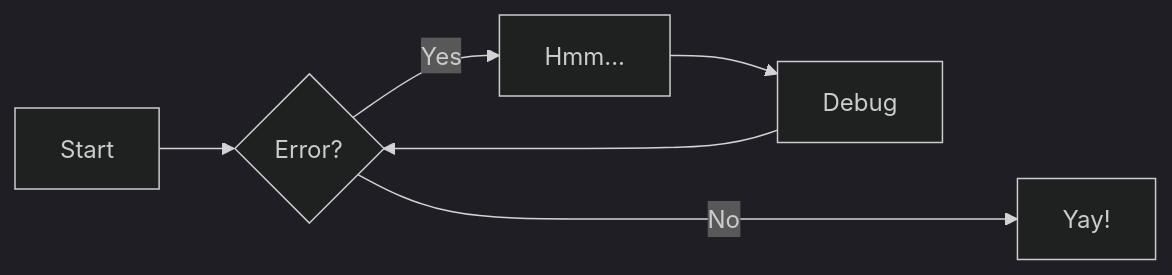
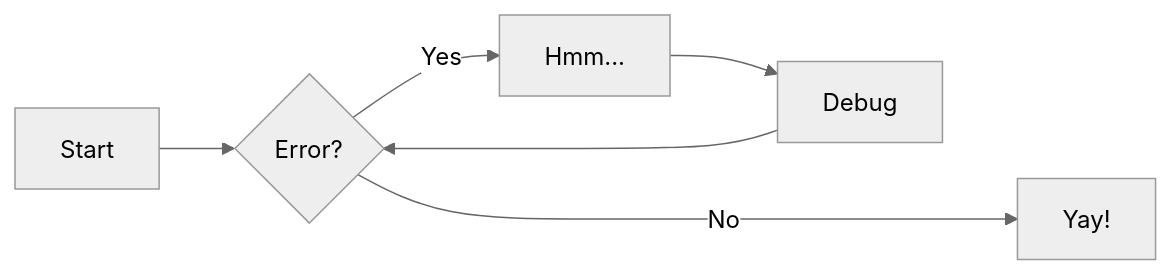
One commit to RoadieHQ/sample-service changed the diagram in docs/mermaid-diagram-test1.md. Above: the diagram before and after it, drawn with Mermaid.

````diff
--- a/docs/mermaid-diagram-test1.md
+++ b/docs/mermaid-diagram-test1.md
@@ -1,9 +1,9 @@
 ```mermaid
-%%{init: {'theme': 'dark', 'themeVariables': { 'darkMode': 'true' }}}%%
+%%{init: {'theme': 'neutral', 'themeVariables': { 'darkMode': 'true' }}}%%
 graph LR
   A[Start] --> B{Error?};
   B -->|Yes| C[Hmm...];
   C --> D[Debug];
   D --> B;
   B ---->|No| E[Yay!];
 ```
````
